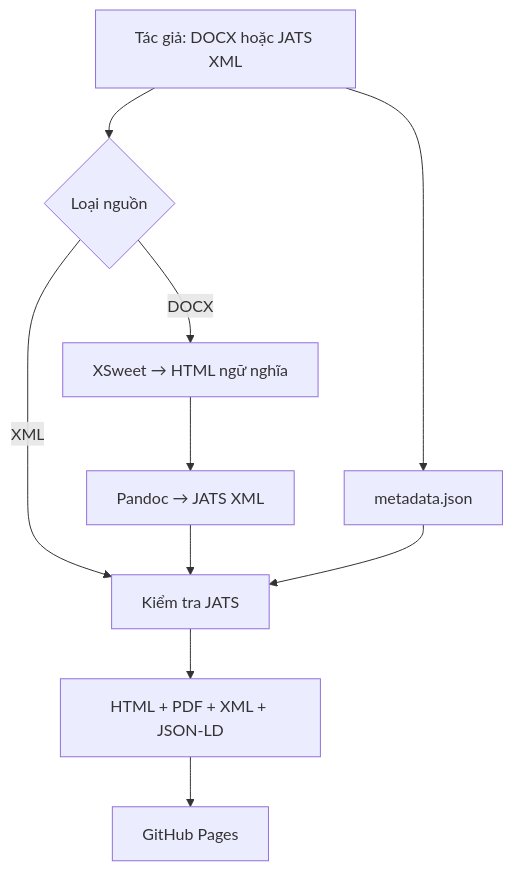
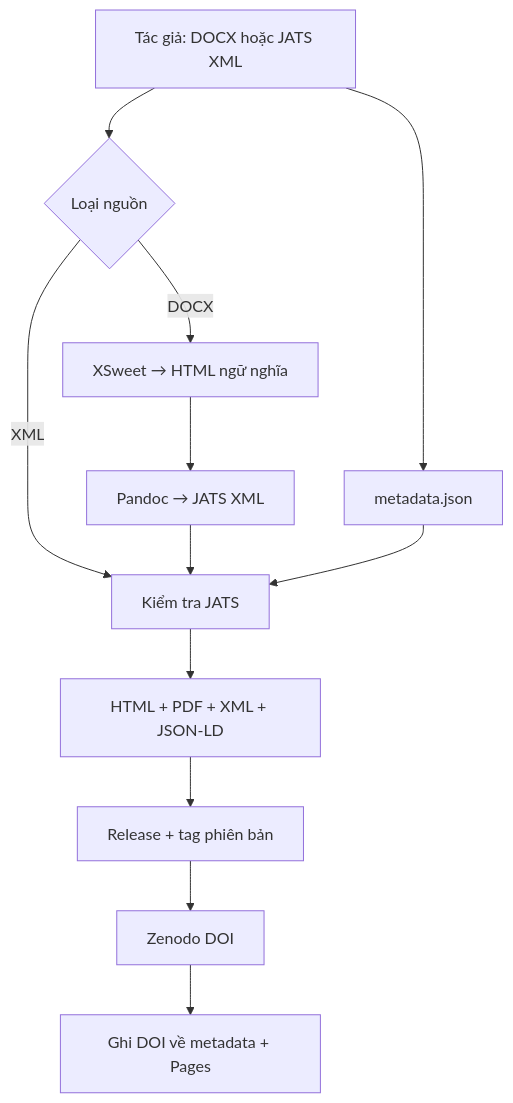
The diagram in README.md (xulytiengviet/LibPub), drawn with Mermaid before and after one commit. The commit also changed other lines of this file and 25 other files, not shown here.

Commit message:
feat: automate trilingual Zenodo DOI publishing

````diff
--- a/README.md
+++ b/README.md
@@ -37,12 +40,14 @@
 ```mermaid
 flowchart TD
     A["Tác giả: DOCX hoặc JATS XML"] --> B["metadata.json"]
     A --> C{"Loại nguồn"}
     C -->|DOCX| D["XSweet → HTML ngữ nghĩa"]
     D --> E["Pandoc → JATS XML"]
     C -->|XML| F["Kiểm tra JATS"]
     E --> F
     B --> F
     F --> G["HTML + PDF + XML + JSON-LD"]
-    G --> H["GitHub Pages"]
+    G --> H["Release + tag phiên bản"]
+    H --> I["Zenodo DOI"]
+    I --> J["Ghi DOI về metadata + Pages"]
 ```
````
